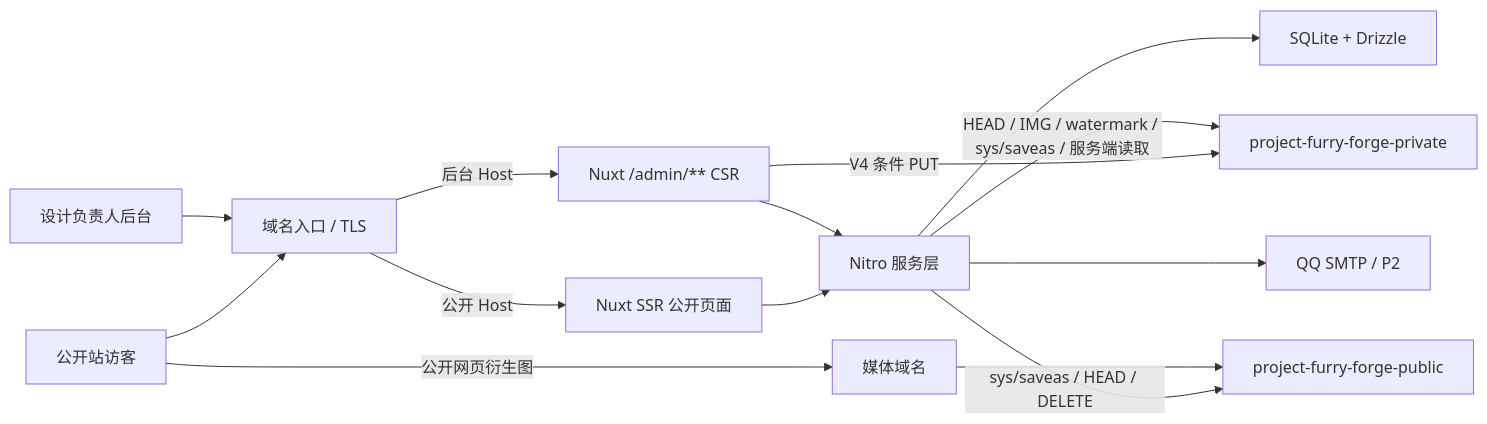
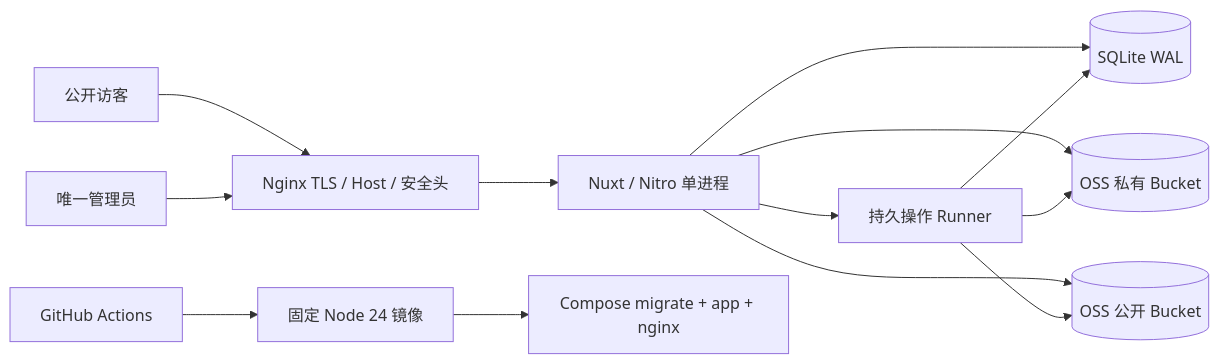
Before and after one commit to WangMinan/project-fur-forge: the diagram in agent_docs/需求1-兽装工作室主页/planning/PLAN.md, drawn with Mermaid. The commit also changed other lines of this file and 18 other files, not shown here.

````diff
--- a/agent_docs/需求1-兽装工作室主页/planning/PLAN.md
+++ b/agent_docs/需求1-兽装工作室主页/planning/PLAN.md
@@ -50,16 +37,15 @@
 ```mermaid
 flowchart LR
-    visitor[公开站访客] --> proxy[域名入口 / TLS]
-    admin[设计负责人后台] --> proxy
-    proxy -->|公开 Host| public[Nuxt SSR 公开页面]
-    proxy -->|后台 Host| adminui[Nuxt /admin/** CSR]
-    public --> api[Nitro 服务层]
-    adminui --> api
-    api --> db[SQLite + Drizzle]
-    adminui -->|V4 条件 PUT| private[project-furry-forge-private]
-    api -->|HEAD / IMG / watermark / sys/saveas / 服务端读取| private
-    api -->|sys/saveas / HEAD / DELETE| publicbucket[project-furry-forge-public]
-    visitor -->|公开网页衍生图| media[媒体域名]
-    media --> publicbucket
-    api --> smtp[QQ SMTP / P2]
+    Visitor[公开访客] --> Nginx[Nginx TLS / Host / 安全头]
+    Admin[唯一管理员] --> Nginx
+    Nginx --> App[Nuxt / Nitro 单进程]
+    App --> DB[(SQLite WAL)]
+    App --> Private[(OSS 私有 Bucket)]
+    App --> Public[(OSS 公开 Bucket)]
+    App --> Runner[持久操作 Runner]
+    Runner --> DB
+    Runner --> Private
+    Runner --> Public
+    CI[GitHub Actions] --> Image[固定 Node 24 镜像]
+    Image --> Compose[Compose migrate + app + nginx]
 ```
````
